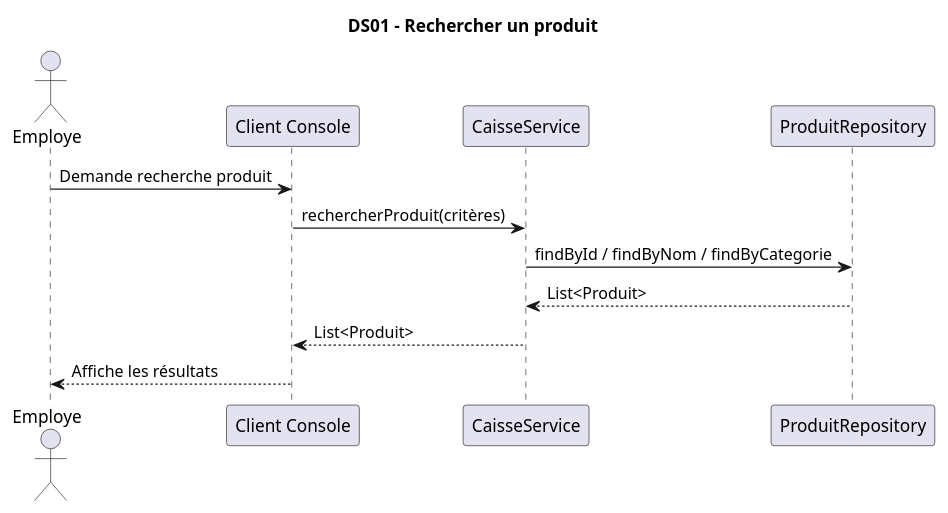
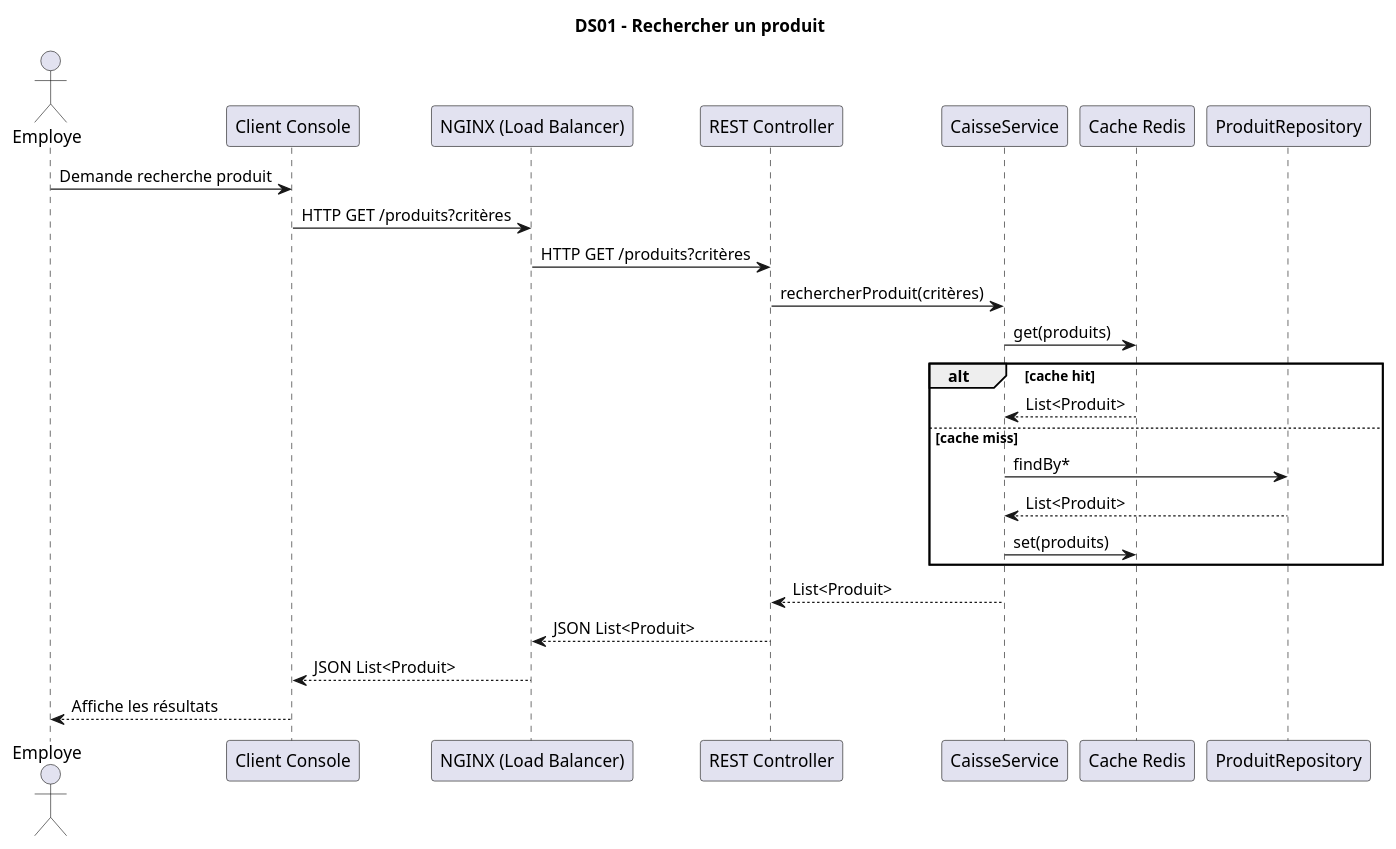
Before and after one commit to NathanGasseau/LOG430-01-Labo-04: the diagram in docs/UML/DiagrammesDeSequence/DS01-RechercherProduit.puml, drawn with PlantUML. The commit also changed 10 other files, not shown here.

```diff
--- a/docs/UML/DiagrammesDeSequence/DS01-RechercherProduit.puml
+++ b/docs/UML/DiagrammesDeSequence/DS01-RechercherProduit.puml
@@ -1,16 +1,28 @@
 @startuml
 title DS01 – Rechercher un produit
 
 actor Employe
 participant "Client Console" as UI
+participant "NGINX (Load Balancer)" as NGINX
+participant "REST Controller" as Controller
 participant CaisseService
+participant "Cache Redis" as Redis
 participant ProduitRepository
 
 Employe -> UI : Demande recherche produit
-UI -> CaisseService : rechercherProduit(critères)
-CaisseService -> ProduitRepository : findById / findByNom / findByCategorie
-ProduitRepository --> CaisseService : List<Produit>
-CaisseService --> UI : List<Produit>
+UI -> NGINX : HTTP GET /produits?critères
+NGINX -> Controller : HTTP GET /produits?critères
+Controller -> CaisseService : rechercherProduit(critères)
+CaisseService -> Redis : get(produits)
+alt cache hit
+  Redis --> CaisseService : List<Produit>
+else cache miss
+  CaisseService -> ProduitRepository : findBy*
+  ProduitRepository --> CaisseService : List<Produit>
+  CaisseService -> Redis : set(produits)
+end
+CaisseService --> Controller : List<Produit>
+Controller --> NGINX : JSON List<Produit>
+NGINX --> UI : JSON List<Produit>
 UI --> Employe : Affiche les résultats
-
 @enduml
```
